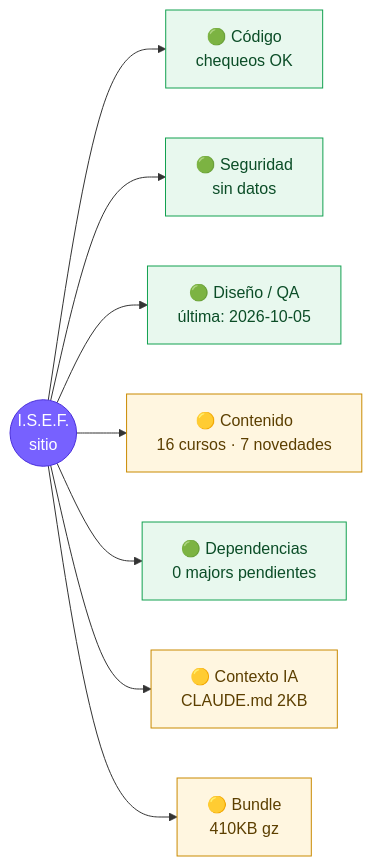
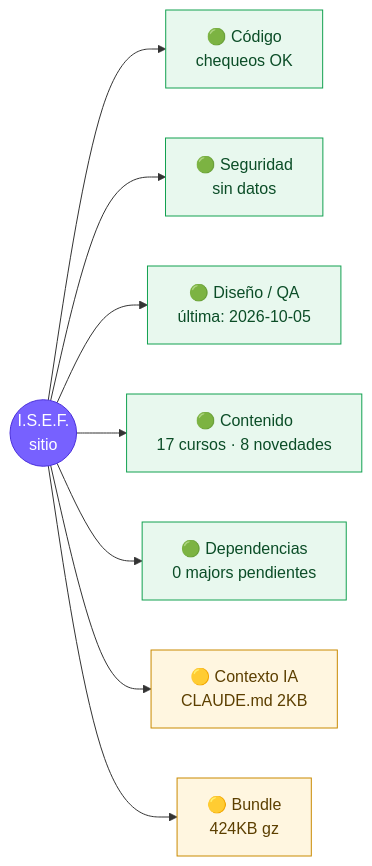
One commit to valedominguezl/isef-main changed the diagram in docs/MAPA.md. Above: the diagram before and after it, drawn with Mermaid. The commit also changed other lines of this file and 8 other files, not shown here.

````diff
--- a/docs/MAPA.md
+++ b/docs/MAPA.md
@@ -5,15 +5,15 @@
 ```mermaid
 flowchart LR
   ISEF((I.S.E.F.<br/>sitio)):::core
   ISEF --> COD[🟢 Código<br/>chequeos OK]:::ok
   ISEF --> SEG[🟢 Seguridad<br/>sin datos]:::ok
   ISEF --> DIS[🟢 Diseño / QA<br/>última: 2026-10-05]:::ok
-  ISEF --> CON[🟡 Contenido<br/>16 cursos · 7 novedades]:::warn
+  ISEF --> CON[🟢 Contenido<br/>17 cursos · 8 novedades]:::ok
   ISEF --> DEP[🟢 Dependencias<br/>0 majors pendientes]:::ok
   ISEF --> TOK[🟡 Contexto IA<br/>CLAUDE.md 2KB]:::warn
-  ISEF --> BUN[🟡 Bundle<br/>410KB gz]:::warn
+  ISEF --> BUN[🟡 Bundle<br/>424KB gz]:::warn
   classDef ok fill:#e8f8ee,stroke:#12a150,color:#0b4d27
   classDef warn fill:#fff6e0,stroke:#c98a00,color:#5c3f00
   classDef bad fill:#ffe9e8,stroke:#d93636,color:#6b1111
   classDef core fill:#7761ff,stroke:#4a2fdb,color:#fff
 ```
````
